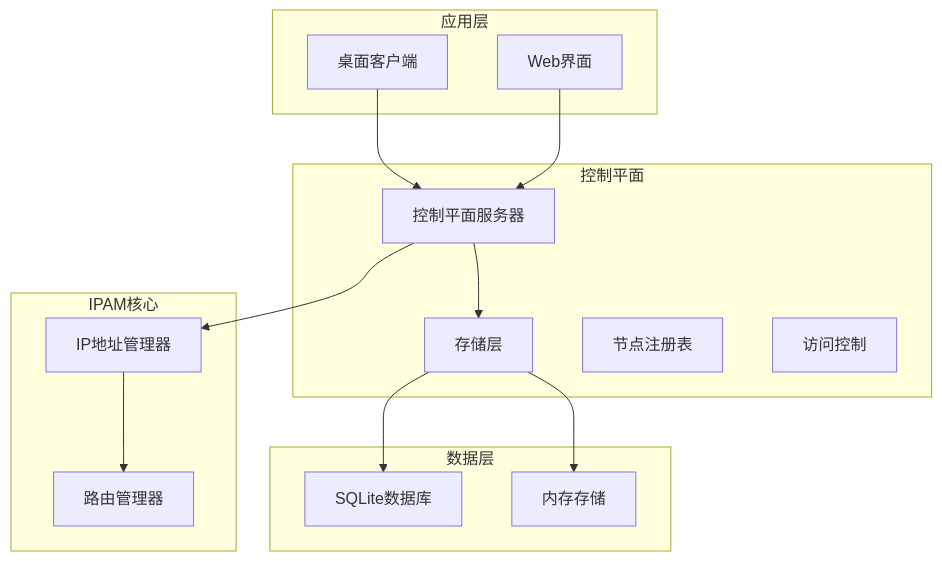
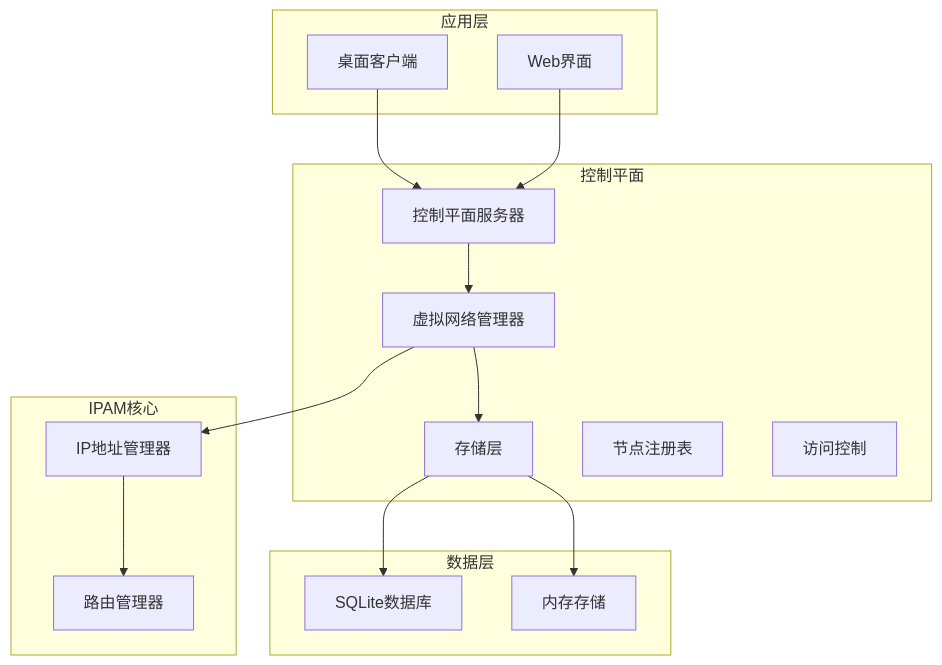
One commit to itsharex/NexTunnel changed the first of 11 diagrams in .qoder/repowiki/zh/content/数据模型/IP地址管理(IPAM)系统.md. Above: the diagram before and after it, drawn with Mermaid. The commit also changed other lines of this file and 23 other files, not shown here.

````diff
--- a/.qoder/repowiki/zh/content/数据模型/IP地址管理(IPAM)系统.md
+++ b/.qoder/repowiki/zh/content/数据模型/IP地址管理(IPAM)系统.md
@@ -42,28 +53,30 @@
 ```mermaid
 graph TB
 subgraph "应用层"
 Desktop[桌面客户端]
 Web[Web界面]
 end
 subgraph "控制平面"
 ControlPlane[控制平面服务器]
+VirtualNet[虚拟网络管理器]
 Store[存储层]
 Registry[节点注册表]
 ACL[访问控制]
 end
 subgraph "IPAM核心"
 IPAM[IP地址管理器]
 RouteMgr[路由管理器]
 end
 subgraph "数据层"
 SQLite[SQLite数据库]
 Memory[内存存储]
 end
 Desktop --> ControlPlane
 Web --> ControlPlane
-ControlPlane --> Store
+ControlPlane --> VirtualNet
+VirtualNet --> Store
 Store --> SQLite
 Store --> Memory
-ControlPlane --> IPAM
+VirtualNet --> IPAM
 IPAM --> RouteMgr
 ```
````
